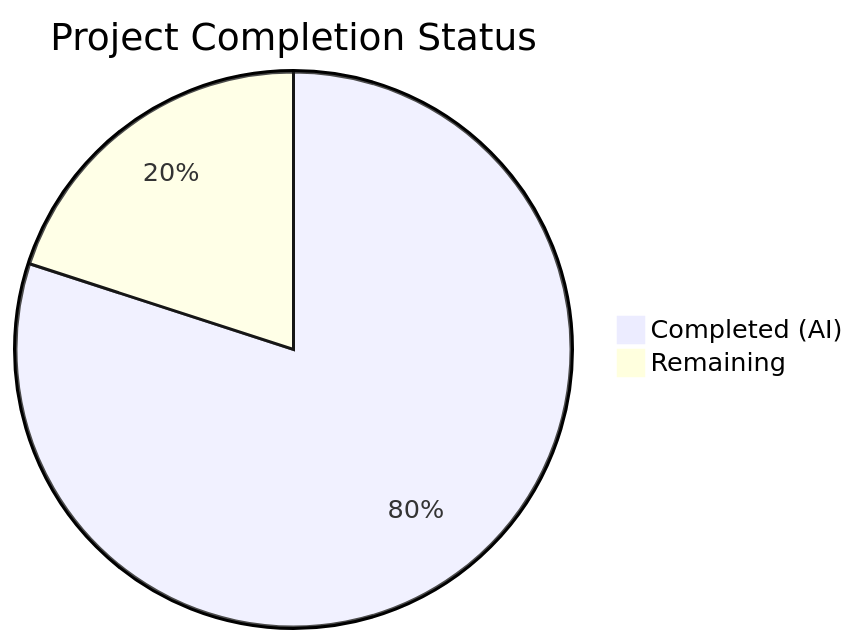
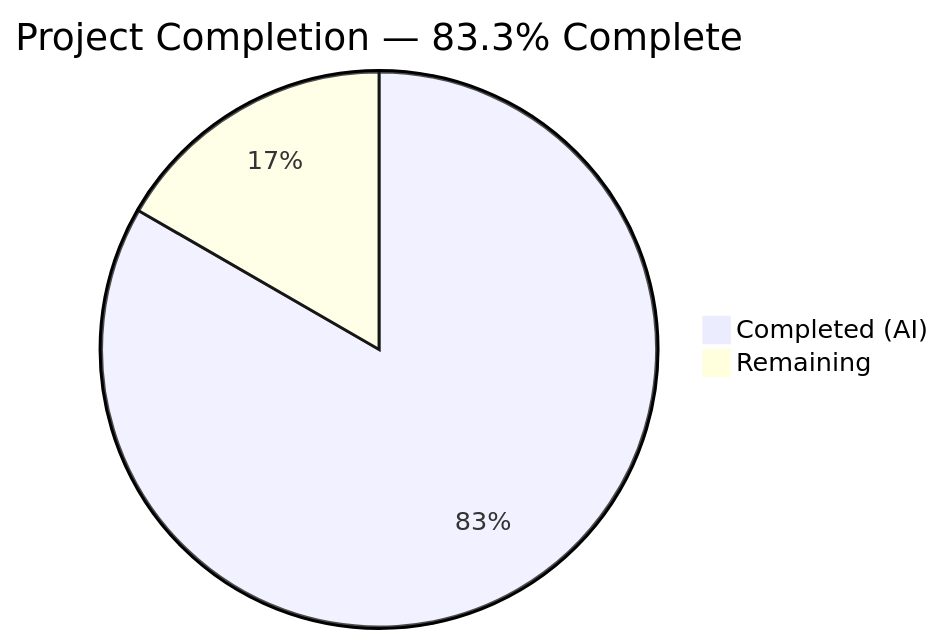
One commit to TestadoBlitzy/Existing-product changed the first of 2 diagrams in blitzy/documentation/Project Guide.md. Above: the diagram before and after it, drawn with Mermaid. The commit also changed other lines of this file, not shown here.

Commit message:
Adding Blitzy Project Guide: Project Status and Human Tasks Remaining

````diff
--- a/blitzy/documentation/Project Guide.md
+++ b/blitzy/documentation/Project Guide.md
@@ -13,5 +13,5 @@
 ```mermaid
-pie title Project Completion Status
-    "Completed (AI)" : 4
+pie title Project Completion — 83.3% Complete
+    "Completed (AI)" : 5
     "Remaining" : 1
 ```
````
